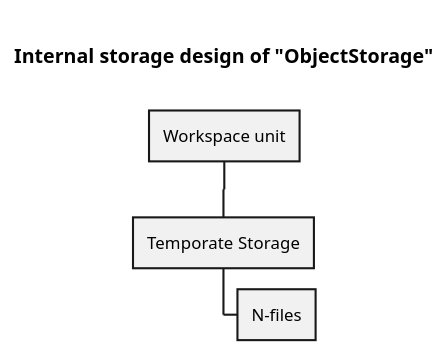
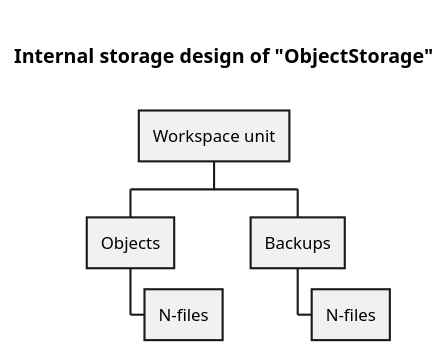
Before and after one commit to YarikRevich/ObjectStorage: the diagram in docs/internal-storage-design.md, drawn with PlantUML. The commit also changed 28 other files, not shown here.

````diff
--- a/docs/internal-storage-design.md
+++ b/docs/internal-storage-design.md
@@ -1,13 +1,15 @@
 ```plantuml
 @startwbs
 title
 
 Internal storage design of "ObjectStorage"
 
 end title
 
 * Workspace unit
-** Temporate Storage
+** Objects
+*** N-files
+** Backups
 *** N-files
 @endwbs
 ```
````
